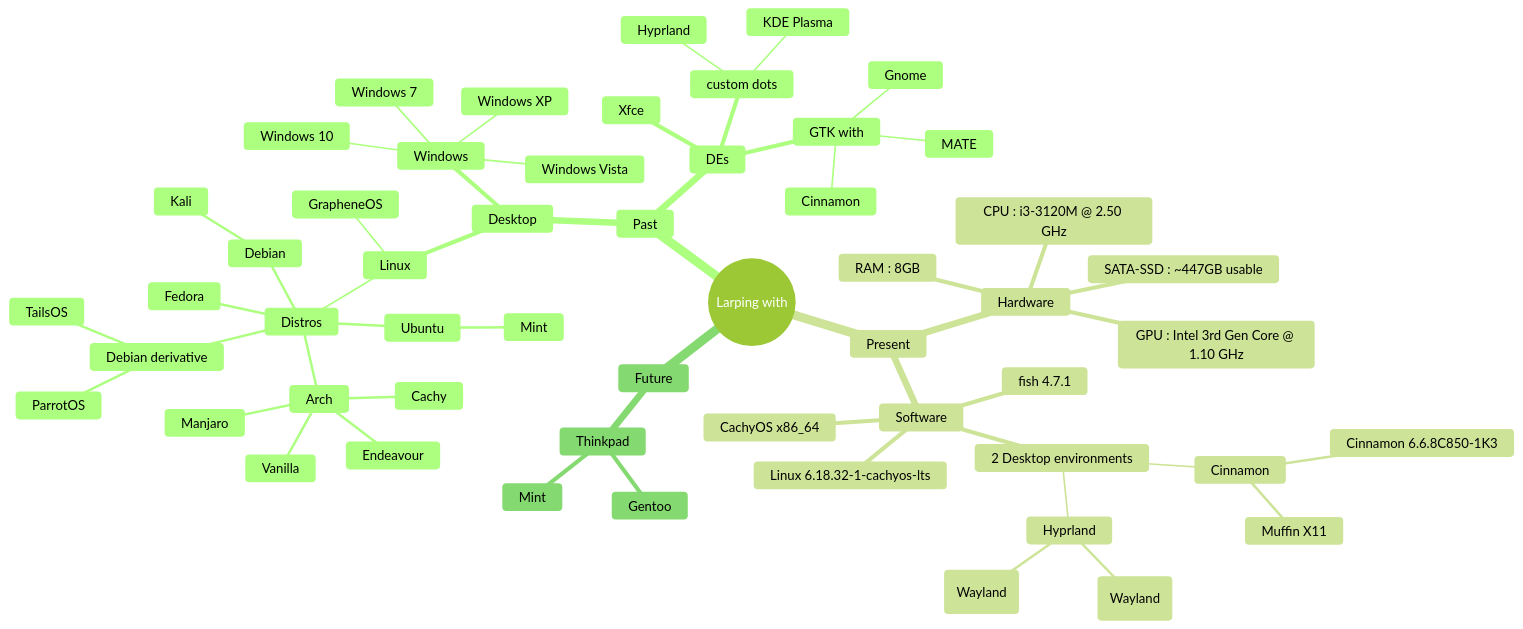
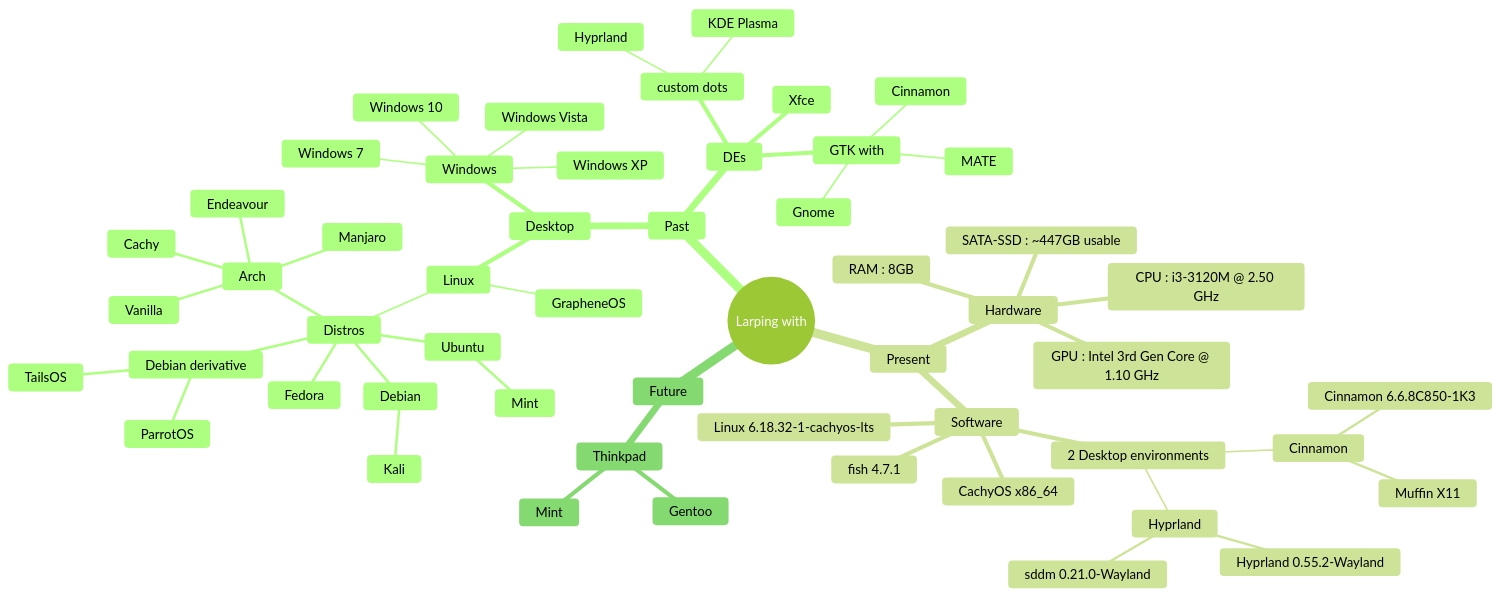
Before and after one commit to Chintanpatel24/Chintanpatel24: the diagram in README.md, drawn with Mermaid (forest theme).

````diff
--- a/README.md
+++ b/README.md
@@ -4,58 +4,58 @@
 ```mermaid
 mindmap
 root((Larping with))
  Past
   Desktop
    Windows
     Windows 7
     Windows XP
     Windows Vista
     Windows 10
    Linux
     GrapheneOS
     Distros
      Arch
       Endeavour
       Vanilla
       Cachy
       Manjaro
      Debian
       Kali
      Ubuntu
       Mint
      Fedora
      Debian derivative
       ParrotOS
       TailsOS
   DEs
    Xfce
    custom dots
     Hyprland
     KDE Plasma
    GTK with
     Cinnamon
     Gnome
     MATE
  Present
   Hardware     
    GPU : Intel 3rd Gen Core @ 1.10 GHz
    CPU : i3-3120M @ 2.50 GHz
    RAM : 8GB
    SATA-SSD : ~447GB usable 
   Software
    2 Desktop environments
     Cinnamon 
      Muffin X11
      Cinnamon 6.6.8C850-1K3
     Hyprland
-     Hyprland 0.55.2 (Wayland)
-     sddm 0.21.0 (Wayland)
+     Hyprland 0.55.2-Wayland
+     sddm 0.21.0-Wayland
    CachyOS x86_64
    fish 4.7.1
    Linux 6.18.32-1-cachyos-lts
  Future
   Thinkpad
    Gentoo
    Mint
 
 ```
````
